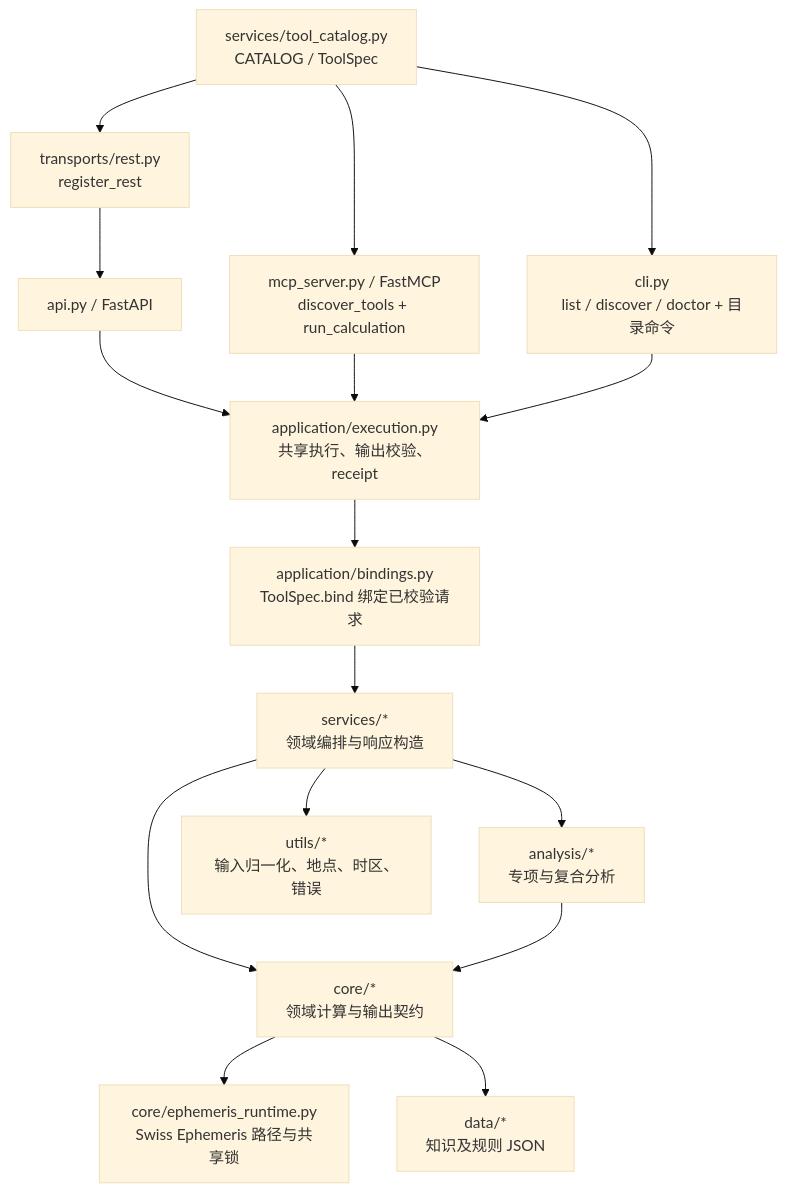
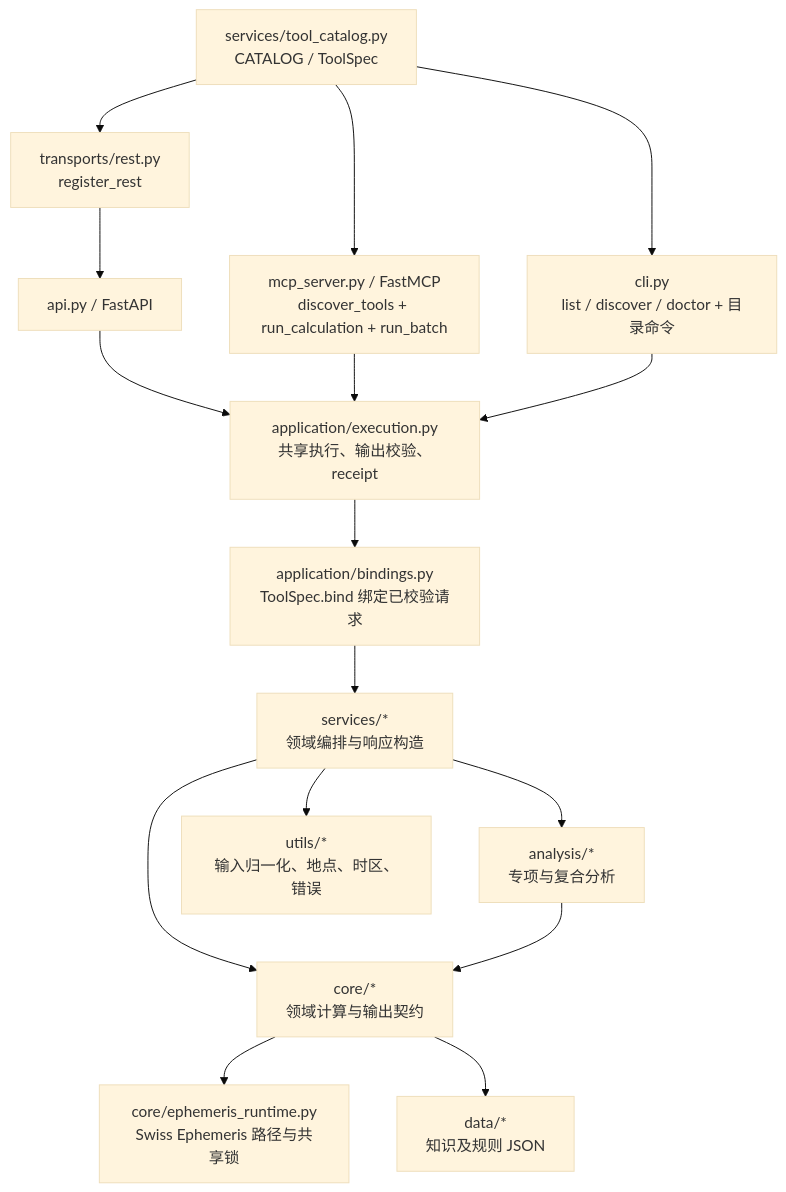
Before and after one commit to thomas-yanxin/FateBridge: the first of 2 diagrams in docs/architecture.md, drawn with Mermaid (base theme). The commit also changed other lines of this file and 72 other files, not shown here.

````diff
--- a/docs/architecture.md
+++ b/docs/architecture.md
@@ -9,18 +9,18 @@
 ```mermaid
 flowchart TD
     Catalog["services/tool_catalog.py<br/>CATALOG / ToolSpec"] --> Registrar["transports/rest.py<br/>register_rest"]
     Catalog --> CLI["cli.py<br/>list / discover / doctor + 目录命令"]
     Registrar --> REST["api.py / FastAPI"]
-    Catalog --> MCP["mcp_server.py / FastMCP<br/>discover_tools + run_calculation"]
+    Catalog --> MCP["mcp_server.py / FastMCP<br/>discover_tools + run_calculation + run_batch"]
     REST --> Execution["application/execution.py<br/>共享执行、输出校验、receipt"]
     MCP --> Execution
     CLI --> Execution
     Execution --> Bind["application/bindings.py<br/>ToolSpec.bind 绑定已校验请求"]
     Bind --> Services["services/*<br/>领域编排与响应构造"]
     Services --> Analysis["analysis/*<br/>专项与复合分析"]
     Services --> Core["core/*<br/>领域计算与输出契约"]
     Services --> Utils["utils/*<br/>输入归一化、地点、时区、错误"]
     Core --> Ephe["core/ephemeris_runtime.py<br/>Swiss Ephemeris 路径与共享锁"]
     Core --> Data["data/*<br/>知识及规则 JSON"]
     Analysis --> Core
 ```
````
